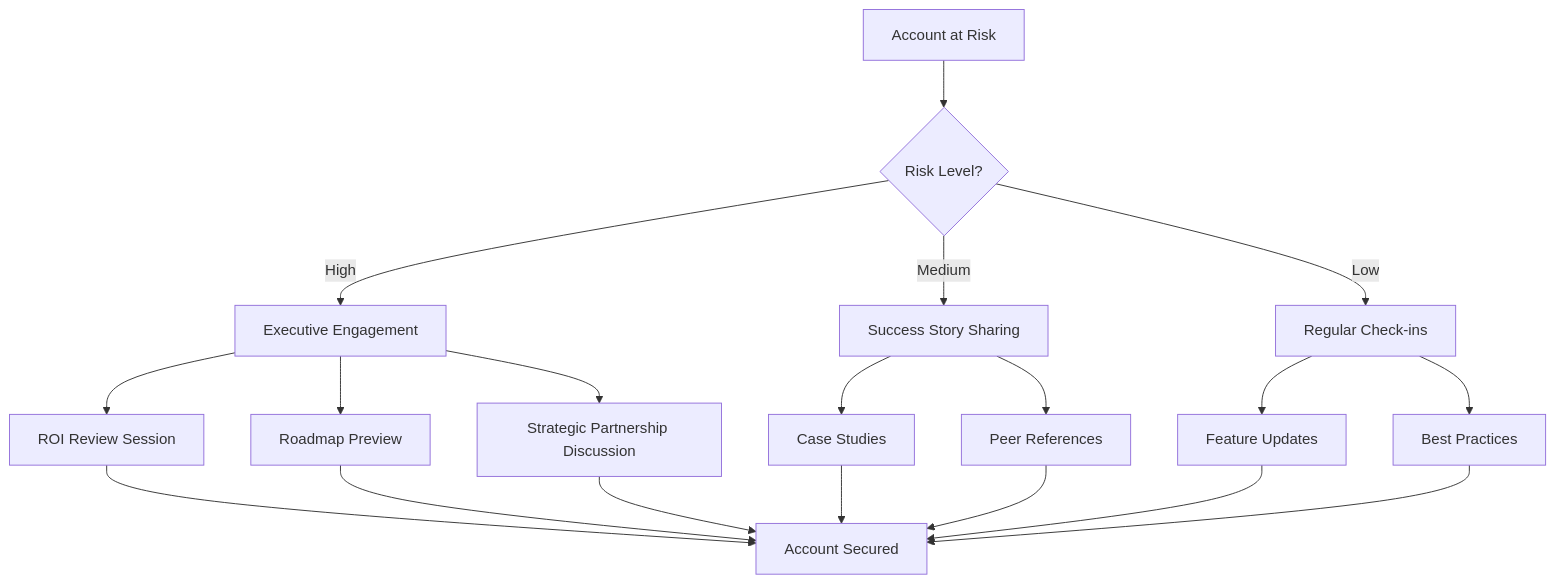
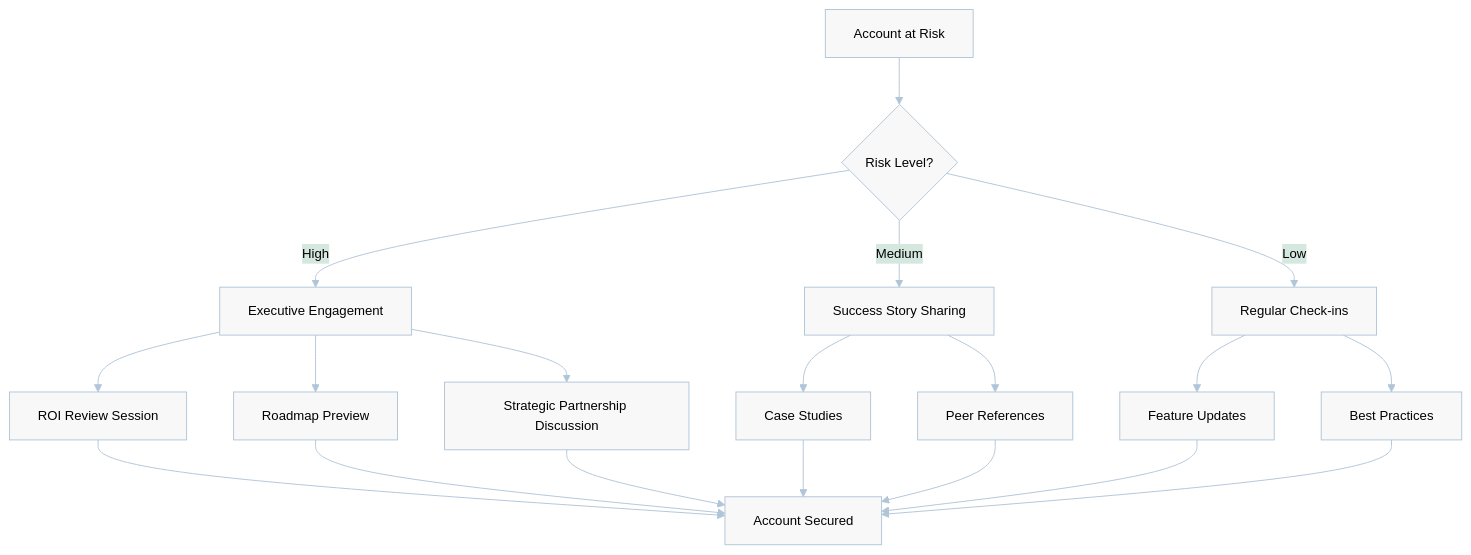
Before and after one commit to o2alexanderfedin/AI-Hive-Business-Docs: the third of 6 diagrams in business-documents/competitive-positioning/07-competitive-response.md, drawn with Mermaid. The commit also changed other lines of this file, not shown here.

First line of the commit message:
Update competitive response diagrams to light theme

````diff
--- a/business-documents/competitive-positioning/07-competitive-response.md
+++ b/business-documents/competitive-positioning/07-competitive-response.md
@@ -292,25 +336,47 @@
 ```mermaid
+%%{init: {
+  'theme': 'base',
+  'themeVariables': {
+    'primaryColor': '#E0E8F0',
+    'primaryTextColor': '#000000',
+    'primaryBorderColor': '#B0C5D8',
+    'lineColor': '#B0C5D8',
+    'secondaryColor': '#D5E8E0',
+    'background': '#FFFFFF',
+    'mainBkg': '#F8F8F8',
+    'secondBkg': '#F0F0F0',
+    'darkMode': false,
+    'fontFamily': 'Arial, sans-serif',
+    'fontSize': '14px',
+    'textColor': '#000000',
+    'nodeBkg': '#F5F5F5',
+    'nodeBorder': '#B0C5D8',
+    'clusterBkg': '#FAFAFA',
+    'clusterBorder': '#B0C5D8',
+    'defaultLinkColor': '#B0C5D8'
+  }
+}}%%
 graph TD
     A[Account at Risk] --> B{Risk Level?}
     B -->|High| C[Executive Engagement]
     B -->|Medium| D[Success Story Sharing]
     B -->|Low| E[Regular Check-ins]
 
     C --> F[ROI Review Session]
     C --> G[Roadmap Preview]
     C --> H[Strategic Partnership Discussion]
 
     D --> I[Case Studies]
     D --> J[Peer References]
 
     E --> K[Feature Updates]
     E --> L[Best Practices]
 
     F --> M[Account Secured]
     G --> M
     H --> M
     I --> M
     J --> M
     K --> M
     L --> M
 ```
````
